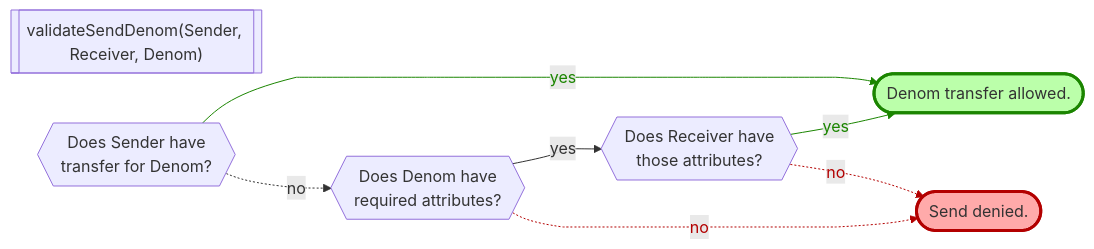
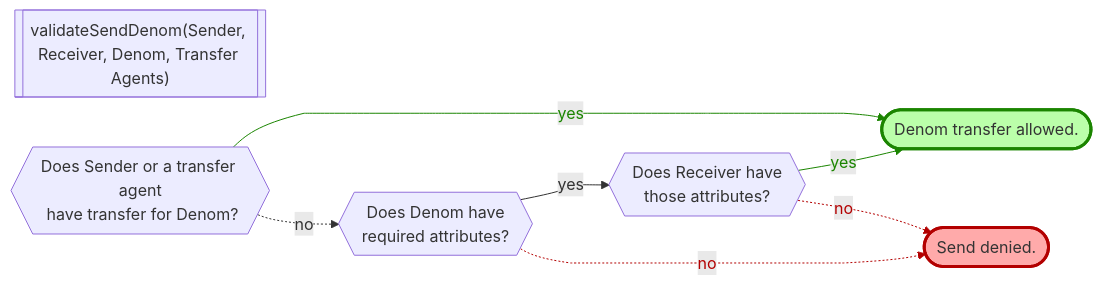
The sixth of 8 diagrams in x/marker/spec/12_transfers.md (provenance-io/provenance), drawn with Mermaid before and after one commit. The commit also changed other lines of this file, not shown here.

Commit message:
[2137]: Update marker flowcharts to reflect the possibility of multiple admins.

````diff
--- a/x/marker/spec/12_transfers.md
+++ b/x/marker/spec/12_transfers.md
@@ -331,21 +328,21 @@
 ```mermaid
 %%{ init: { 'flowchart': { 'curve': 'monotoneY'} } }%%
 flowchart LR
-    vsd[["validateSendDenom(Sender, Receiver, Denom)"]]
-    transq{{"Does Sender have\ntransfer for Denom?"}}
+    vsd[["validateSendDenom(Sender, Receiver, Denom, Transfer Agents)"]]
+    transq{{"Does Sender or a transfer agent\n have transfer for Denom?"}}
     mreqattr{{"Does Denom have\nrequired attributes?"}}
     treqattr{{"Does Receiver have\nthose attributes?"}}
     ok(["Denom transfer allowed."])
     style ok fill:#bbffaa,stroke:#1b8500,stroke-width:3px
     denied(["Send denied."])
     style denied fill:#ffaaaa,stroke:#b30000,stroke-width:3px
     transq -->|yes| ok
     transq -.->|no| mreqattr
     mreqattr -->|yes| treqattr
     mreqattr -.->|no| denied
     treqattr -->|yes| ok
     treqattr -.->|no| denied
 
     linkStyle 3,5 stroke:#b30000,color:#b30000
     linkStyle 0,4 stroke:#1b8500,color:#1b8500
 ```
````
